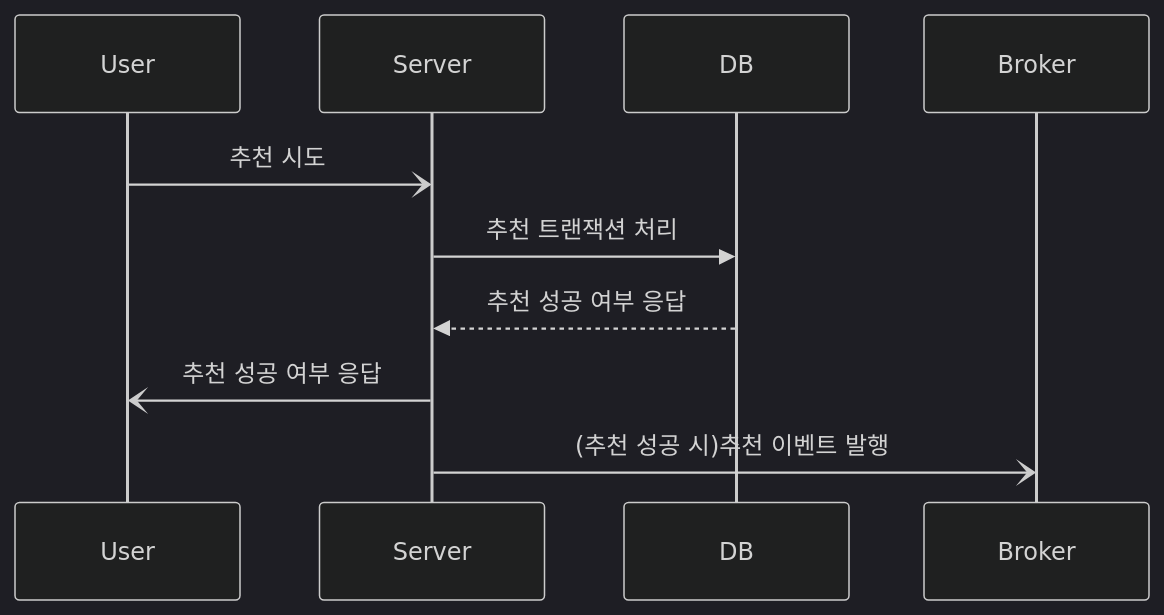
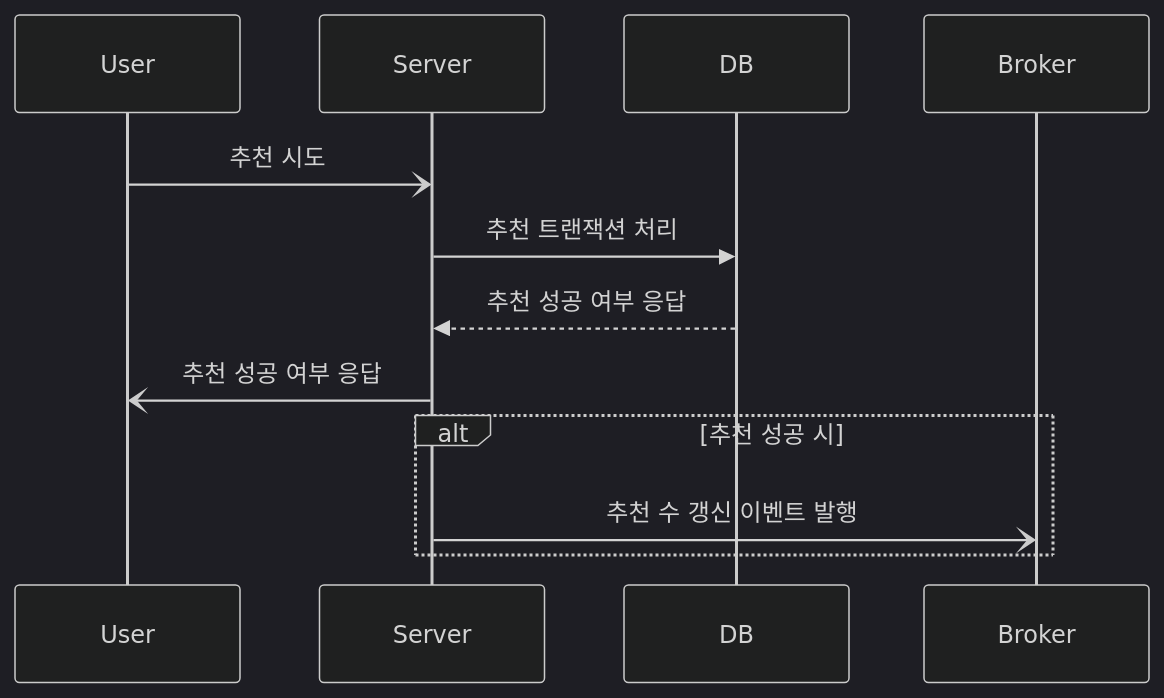
One commit to GoGradually/SSE-and-WebSocket changed the fourth of 4 diagrams in README.md. Above: the diagram before and after it, drawn with Mermaid (dark theme). The commit also changed other lines of this file, not shown here.

Commit message:
테스트를 위한 로직 모델링

````diff
--- a/README.md
+++ b/README.md
@@ -91,11 +97,13 @@
 ```mermaid
 sequenceDiagram
     
     User -) Server: 추천 시도
     Server ->> DB: 추천 트랜잭션 처리
     DB -->> Server: 추천 성공 여부 응답
     Server -) User: 추천 성공 여부 응답
-    
-    Server -) Broker: (추천 성공 시)추천 이벤트 발행
+
+  alt 추천 성공 시
+    Server -) Broker: 추천 수 갱신 이벤트 발행
+  end
 
 ```
````
